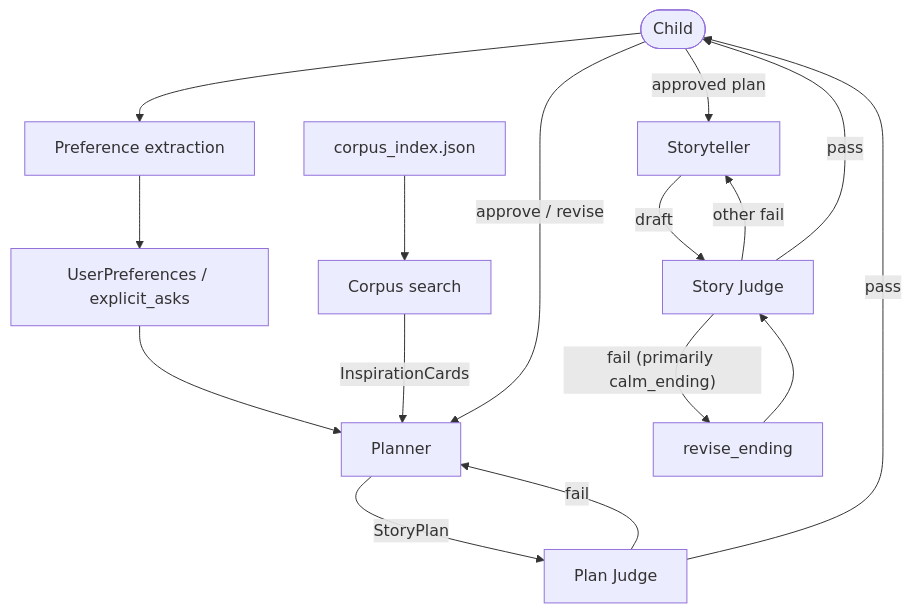
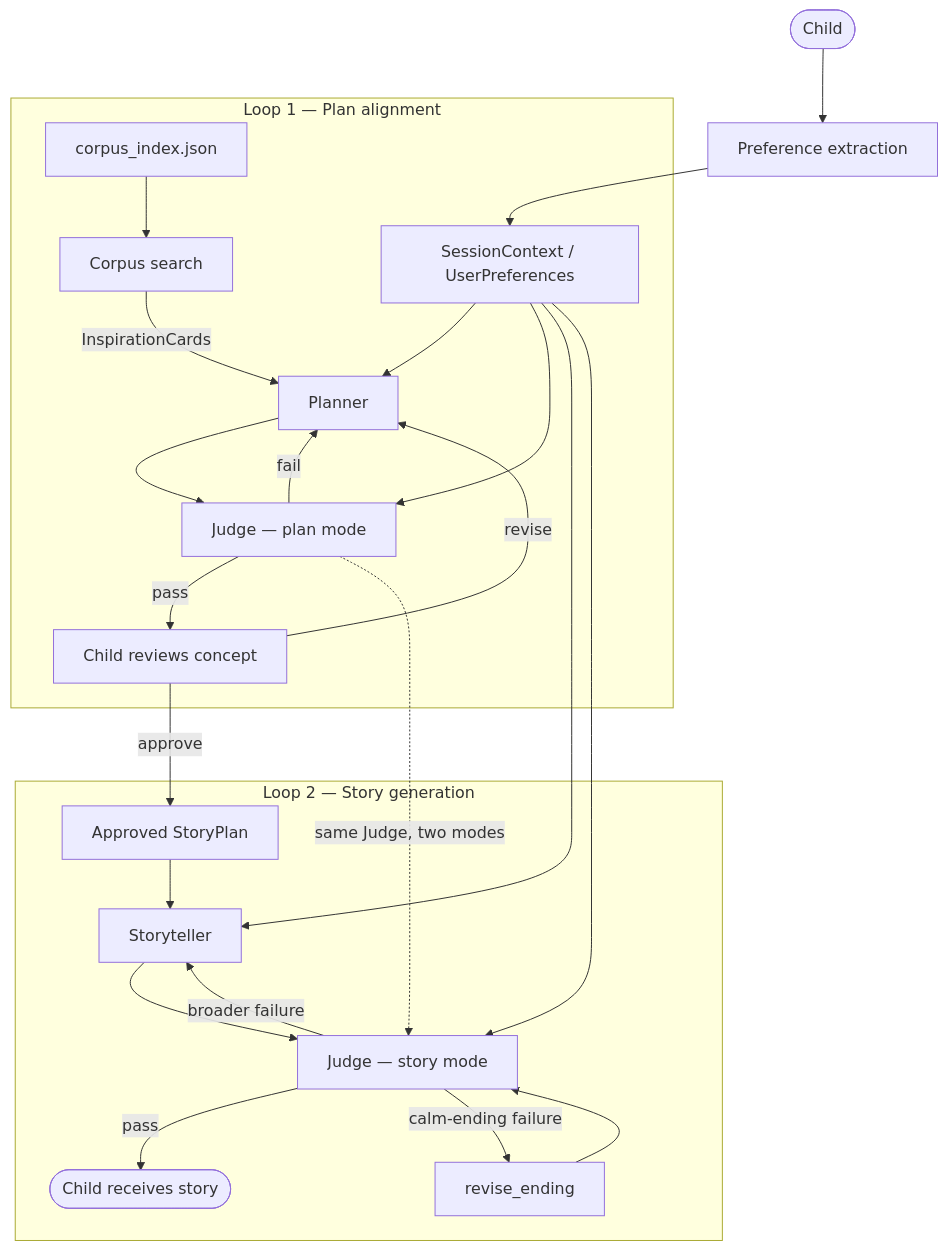
One commit to ParthaSarathiDutta/BedtimeStoryForKids changed the diagram in README.md. Above: the diagram before and after it, drawn with Mermaid. The commit also changed other lines of this file, not shown here.

First line of the commit message:
docs: clarify project terminology and refine architecture diagram

````diff
--- a/README.md
+++ b/README.md
@@ -47,20 +47,31 @@
 ```mermaid
 flowchart TD
     Child(["Child"]) --> Extract["Preference extraction"]
-    Extract --> Prefs["UserPreferences / explicit_asks"]
-    Prefs --> Planner["Planner"]
-    Index["corpus_index.json"] --> Search["Corpus search"]
-    Search -->|"InspirationCards"| Planner
+    Extract --> State["SessionContext / UserPreferences"]
 
-    Planner -->|"StoryPlan"| JudgeP["Plan Judge"]
-    JudgeP -->|"fail"| Planner
-    JudgeP -->|"pass"| Child
-    Child -->|"approve / revise"| Planner
+    subgraph L1["Loop 1 — Plan alignment"]
+        State --> Planner["Planner"]
+        Index["corpus_index.json"] --> Search["Corpus search"]
+        Search -->|"InspirationCards"| Planner
+        Planner --> JPlan["Judge — plan mode"]
+        State --> JPlan
+        JPlan -->|fail| Planner
+        JPlan -->|pass| Review["Child reviews concept"]
+        Review -->|revise| Planner
+    end
 
-    Child -->|"approved plan"| Teller["Storyteller"]
-    Teller -->|"draft"| JudgeS["Story Judge"]
-    JudgeS -->|"fail (primarily calm_ending)"| Ending["revise_ending"]
-    Ending --> JudgeS
-    JudgeS -->|"other fail"| Teller
-    JudgeS -->|"pass"| Child
+    Review -->|approve| Plan["Approved StoryPlan"]
+
+    subgraph L2["Loop 2 — Story generation"]
+        Plan --> Teller["Storyteller"]
+        State --> Teller
+        Teller --> JStory["Judge — story mode"]
+        State --> JStory
+        JStory -->|pass| Out(["Child receives story"])
+        JStory -->|broader failure| Teller
+        JStory -->|calm-ending failure| RE["revise_ending"]
+        RE --> JStory
+    end
+
+    JPlan -.->|same Judge, two modes| JStory
 ```
````
